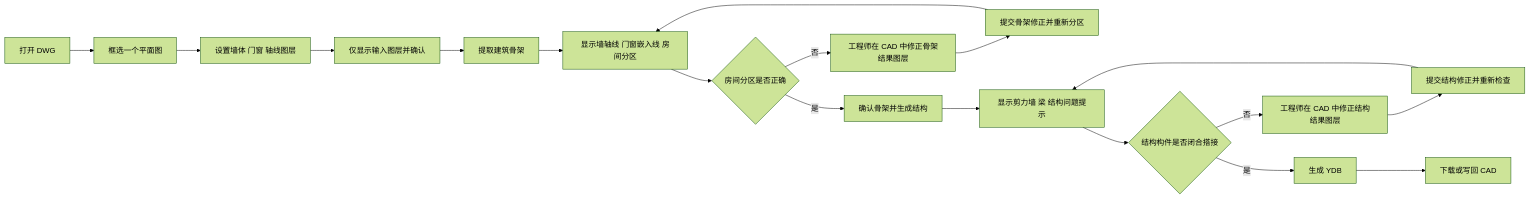
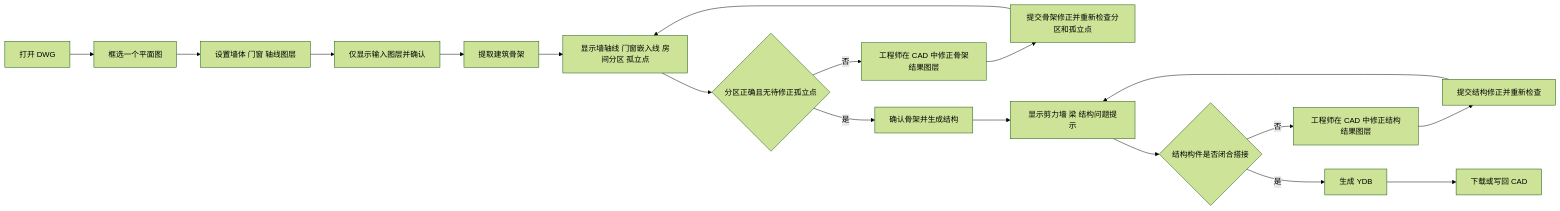
The diagram in integration_package/02_user_workflow.md (BigDevil82/axis_engine), drawn with Mermaid (forest theme) before and after one commit. The commit also changed other lines of this file and 5 other files, not shown here.

````diff
--- a/integration_package/02_user_workflow.md
+++ b/integration_package/02_user_workflow.md
@@ -5,20 +5,20 @@
 ```mermaid
 flowchart LR
     A[打开 DWG] --> B[框选一个平面图]
     B --> C[设置墙体 门窗 轴线图层]
     C --> D[仅显示输入图层并确认]
     D --> E[提取建筑骨架]
-    E --> F[显示墙轴线 门窗嵌入线 房间分区]
-    F --> G{房间分区是否正确}
+    E --> F[显示墙轴线 门窗嵌入线 房间分区 孤立点]
+    F --> G{分区正确且无待修正孤立点}
     G -- 否 --> H[工程师在 CAD 中修正骨架结果图层]
-    H --> I[提交骨架修正并重新分区]
+    H --> I[提交骨架修正并重新检查分区和孤立点]
     I --> F
     G -- 是 --> J[确认骨架并生成结构]
     J --> K[显示剪力墙 梁 结构问题提示]
     K --> L{结构构件是否闭合搭接}
     L -- 否 --> M[工程师在 CAD 中修正结构结果图层]
     M --> N[提交结构修正并重新检查]
     N --> K
     L -- 是 --> O[生成 YDB]
     O --> P[下载或写回 CAD]
 ```
````
